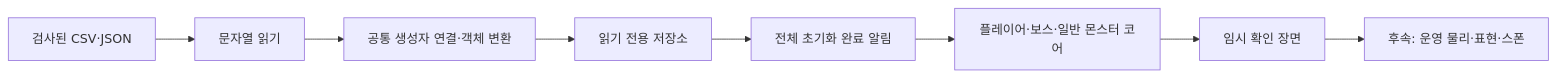
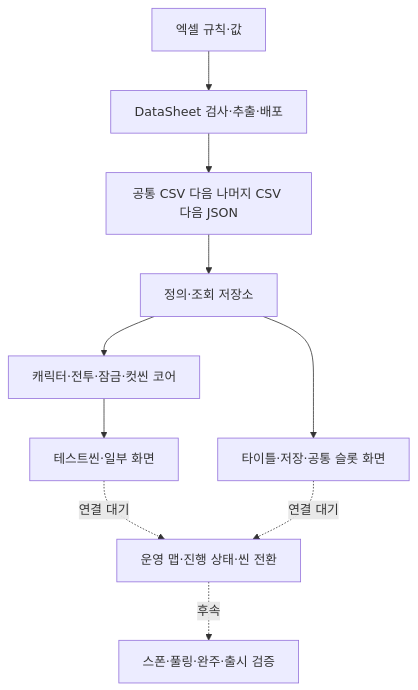
The first of 3 diagrams in README.md (lkhwcf-arch/Human_Ghost-), drawn with Mermaid before and after one commit. The commit also changed other lines of this file and 9 other files, not shown here.

````diff
--- a/README.md
+++ b/README.md
@@ -47,10 +41,12 @@
 ```mermaid
-flowchart LR
-    A[검사된 CSV·JSON] --> B[문자열 읽기]
-    B --> C[공통 생성자 연결·객체 변환]
-    C --> D[읽기 전용 저장소]
-    D --> E[전체 초기화 완료 알림]
-    E --> F[플레이어·보스·일반 몬스터 코어]
-    F --> P[임시 확인 장면]
-    P --> N[후속: 운영 물리·표현·스폰]
+flowchart TD
+    A[엑셀 규칙·값] --> B[DataSheet 검사·추출·배포]
+    B --> C[공통 CSV 다음 나머지 CSV 다음 JSON]
+    C --> D[정의·조회 저장소]
+    D --> E[캐릭터·전투·잠금·컷씬 코어]
+    E --> F[테스트씬·일부 화면]
+    D --> G[타이틀·저장·공통 슬롯 화면]
+    F -.연결 대기.-> H[운영 맵·진행 상태·씬 전환]
+    G -.연결 대기.-> H
+    H -.후속.-> I[스폰·풀링·완주·출시 검증]
 ```
````
